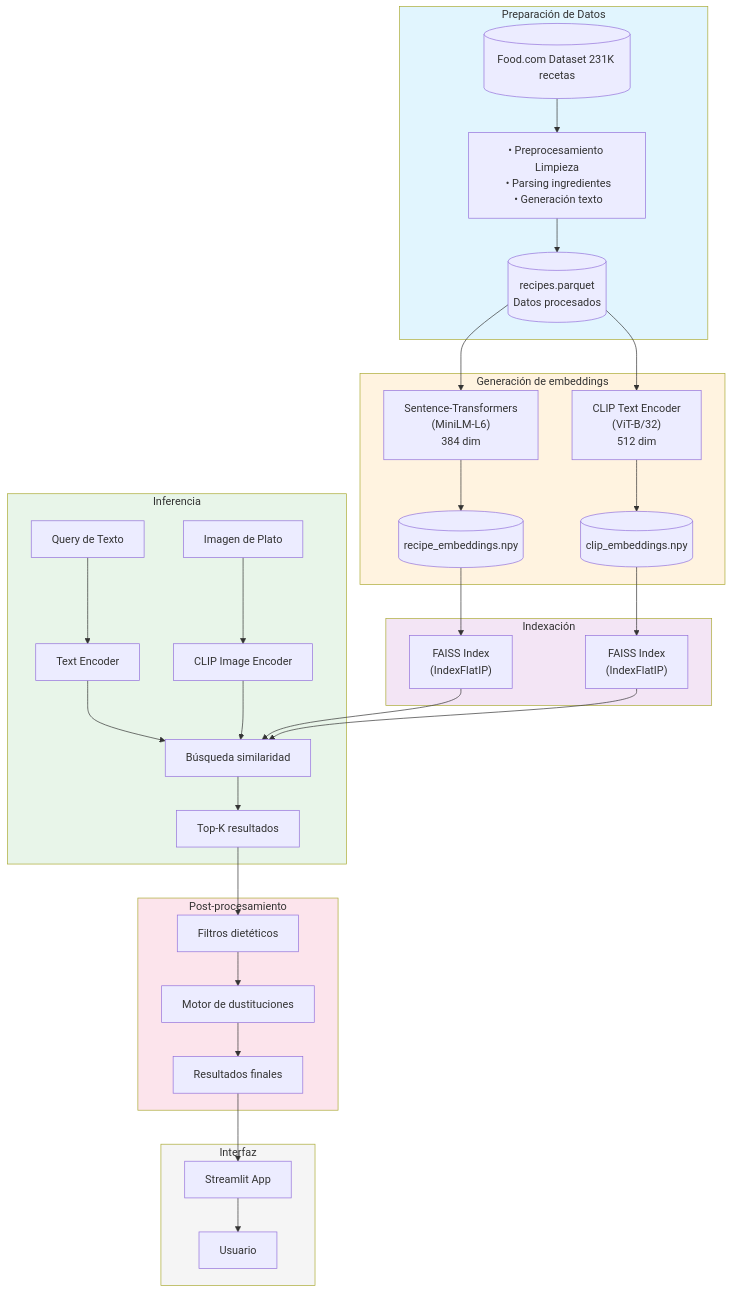
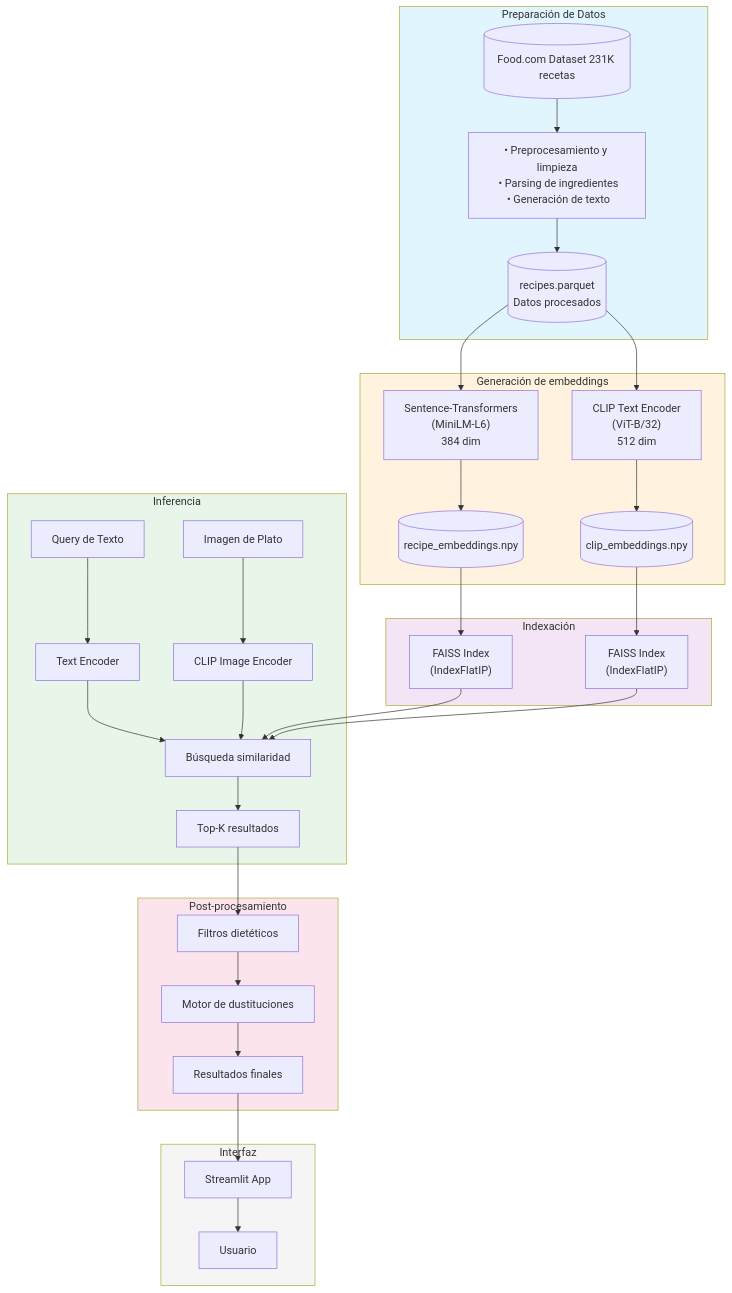
Before and after one commit to martinbrocca/CEIA-VIT: the first of 2 diagrams in README.md, drawn with Mermaid.

Commit message:
Arreglos al ReadMe

````diff
--- a/README.md
+++ b/README.md
@@ -15,47 +15,47 @@
 ```mermaid
 flowchart TB
     subgraph DATOS[" Preparación de Datos"]
-        A[("Food.com Dataset 231K recetas")] --> B["• Preprocesamiento Limpieza<br> • Parsing ingredientes<br> • Generación texto"]
+        A[("Food.com Dataset 231K recetas")] --> B["• Preprocesamiento y limpieza<br> • Parsing de ingredientes<br> • Generación de texto"]
         B --> C[("recipes.parquet\nDatos procesados")]
     end
 
     subgraph EMBEDDINGS[" Generación de embeddings"]
         C --> D["Sentence-Transformers\n(MiniLM-L6)\n384 dim"]
         C --> E["CLIP Text Encoder\n(ViT-B/32)\n512 dim"]
         D --> F[("recipe_embeddings.npy")]
         E --> G[("clip_embeddings.npy")]
     end
 
     subgraph INDEX[" Indexación"]
         F --> H["FAISS Index\n(IndexFlatIP)"]
         G --> I["FAISS Index\n(IndexFlatIP)"]
     end
 
     subgraph INFERENCE[" Inferencia"]
         J["Query de Texto"] --> K["Text Encoder"]
         L["Imagen de Plato"] --> M["CLIP Image Encoder"]
         K --> N["Búsqueda similaridad"]
         M --> N
         H --> N
         I --> N
         N --> O["Top-K resultados"]
     end
 
     subgraph POSTPROCESS[" Post-procesamiento"]
         O --> P["Filtros dietéticos"]
         P --> Q["Motor de dustituciones"]
         Q --> R["Resultados finales"]
     end
 
     subgraph UI[" Interfaz"]
         R --> S["Streamlit App"]
         S --> T["Usuario"]
     end
 
     style DATOS fill:#e1f5fe
     style EMBEDDINGS fill:#fff3e0
     style INDEX fill:#f3e5f5
     style INFERENCE fill:#e8f5e9
     style POSTPROCESS fill:#fce4ec
     style UI fill:#f5f5f5
 ```
````
